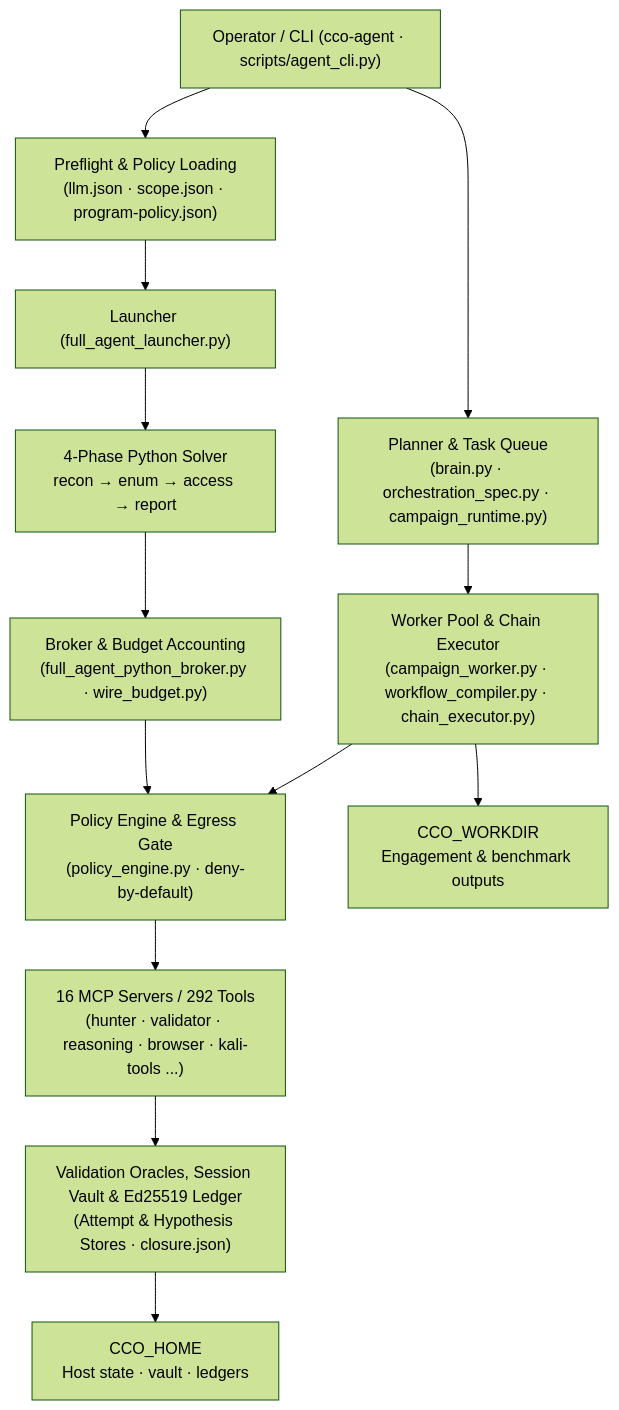
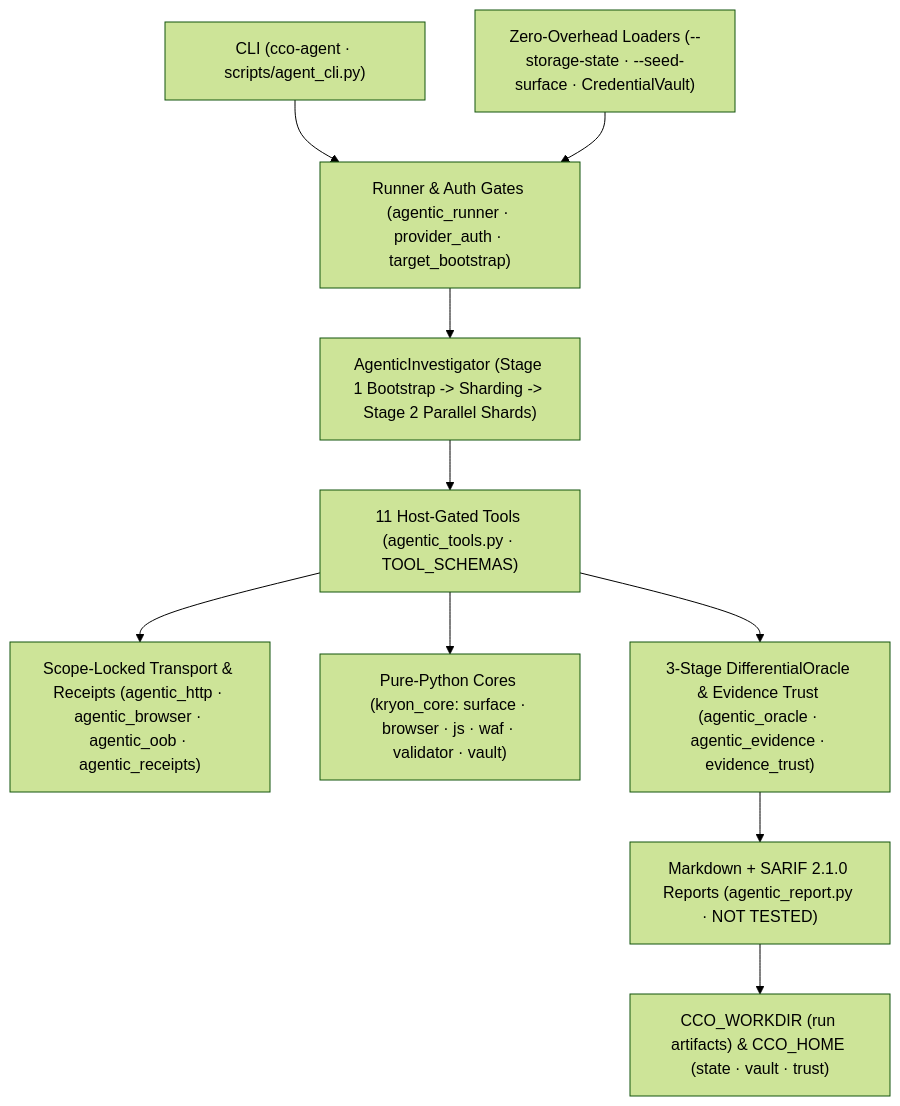
Before and after one commit to EmreMetin00007/kryon: the diagram in README.md, drawn with Mermaid (forest theme). The commit also changed other lines of this file and 598 other files, not shown here.

Commit message:
Phase C: consolidate kryon_core, retire legacy v1 stack, and align CLI/packaging/CI/docs

````diff
--- a/README.md
+++ b/README.md
@@ -42,19 +45,12 @@
 ```mermaid
 flowchart TD
-    U["Operator / CLI (cco-agent · scripts/agent_cli.py)"] --> P["Preflight & Policy Loading<br/>(llm.json · scope.json · program-policy.json)"]
-    P --> L["Launcher (full_agent_launcher.py)"]
-    L --> S["4-Phase Python Solver<br/>recon → enum → access → report"]
-
-    S --> BR["Broker & Budget Accounting<br/>(full_agent_python_broker.py · wire_budget.py)"]
-    U --> B["Planner & Task Queue<br/>(brain.py · orchestration_spec.py · campaign_runtime.py)"]
-    B --> W["Worker Pool & Chain Executor<br/>(campaign_worker.py · workflow_compiler.py · chain_executor.py)"]
-
-    BR --> PE["Policy Engine & Egress Gate<br/>(policy_engine.py · deny-by-default)"]
-    W --> PE
-
-    PE --> M["16 MCP Servers / 292 Tools<br/>(hunter · validator · reasoning · browser · kali-tools ...)"]
-    M --> V["Validation Oracles, Session Vault & Ed25519 Ledger<br/>(Attempt & Hypothesis Stores · closure.json)"]
-
-    V --> H["CCO_HOME<br/>Host state · vault · ledgers"]
-    W --> R["CCO_WORKDIR<br/>Engagement & benchmark outputs"]
+    CLI["CLI (cco-agent · scripts/agent_cli.py)"] --> RUN["Runner & Auth Gates (agentic_runner · provider_auth · target_bootstrap)"]
+    LOAD["Zero-Overhead Loaders (--storage-state · --seed-surface · CredentialVault)"] --> RUN
+    RUN --> INV["AgenticInvestigator (Stage 1 Bootstrap -> Sharding -> Stage 2 Parallel Shards)"]
+    INV --> TOOLS["11 Host-Gated Tools (agentic_tools.py · TOOL_SCHEMAS)"]
+    TOOLS --> IO["Scope-Locked Transport & Receipts (agentic_http · agentic_browser · agentic_oob · agentic_receipts)"]
+    TOOLS --> CORE["Pure-Python Cores (kryon_core: surface · browser · js · waf · validator · vault)"]
+    TOOLS --> ORA["3-Stage DifferentialOracle & Evidence Trust (agentic_oracle · agentic_evidence · evidence_trust)"]
+    ORA --> REP["Markdown + SARIF 2.1.0 Reports (agentic_report.py · NOT TESTED)"]
+    REP --> OUT["CCO_WORKDIR (run artifacts) & CCO_HOME (state · vault · trust)"]
 ```
````
